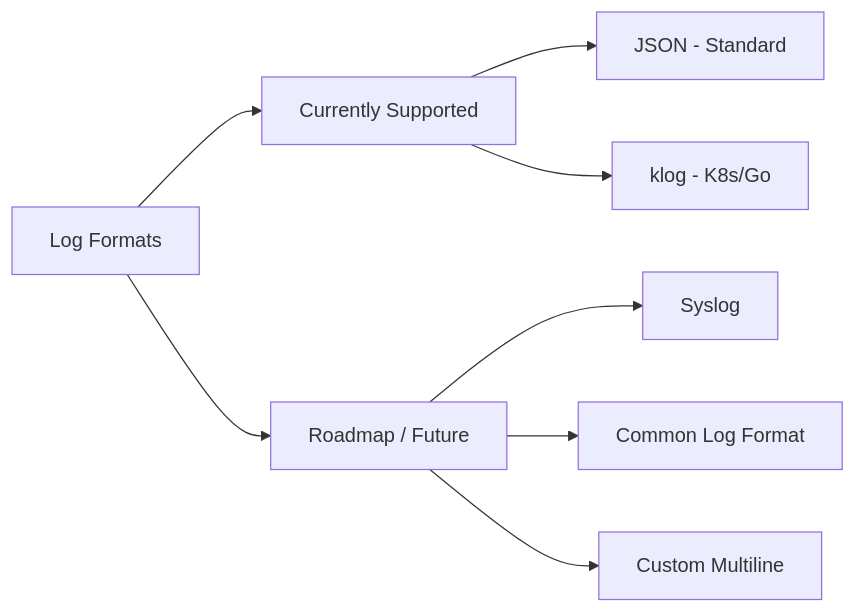
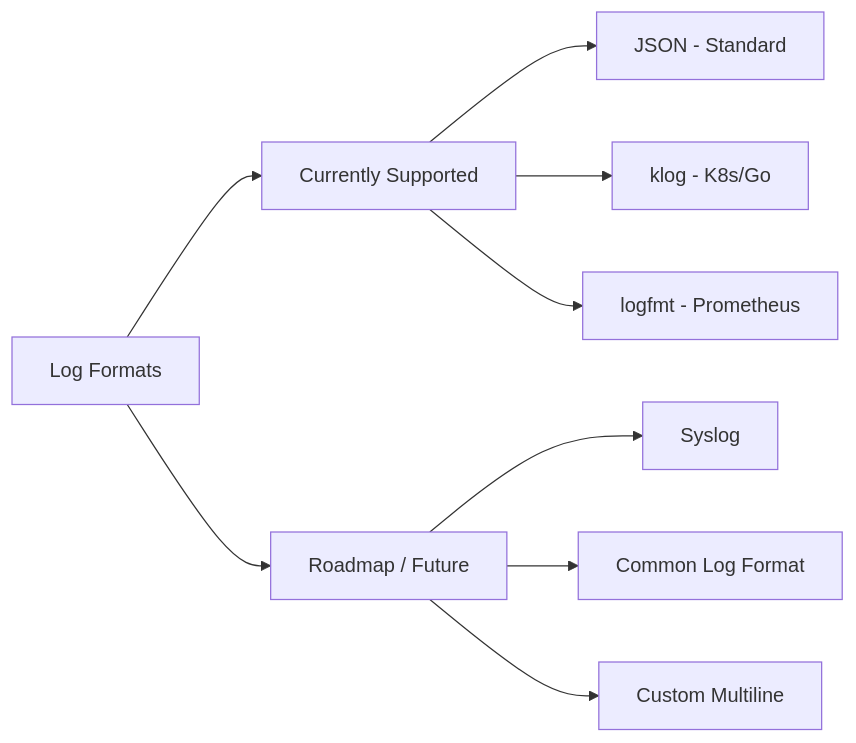
The second of 2 diagrams in README.md (AyushGupta1-2-3/apigee-hybrid-custom-logger), drawn with Mermaid before and after one commit. The commit also changed other lines of this file and 2 other files, not shown here.

First line of the commit message:
feat(nas): add support for logfmt logs and update documentation

````diff
--- a/README.md
+++ b/README.md
@@ -61,12 +61,13 @@
 ```mermaid
 graph LR
     F[Log Formats] --> S[Currently Supported]
     F --> R[Roadmap / Future]
     
     S --> J[JSON - Standard]
     S --> K[klog - K8s/Go]
+    S --> L[logfmt - Prometheus]
     
     R --> SY[Syslog]
     R --> CL[Common Log Format]
     R --> ML[Custom Multiline]
 ```
````
